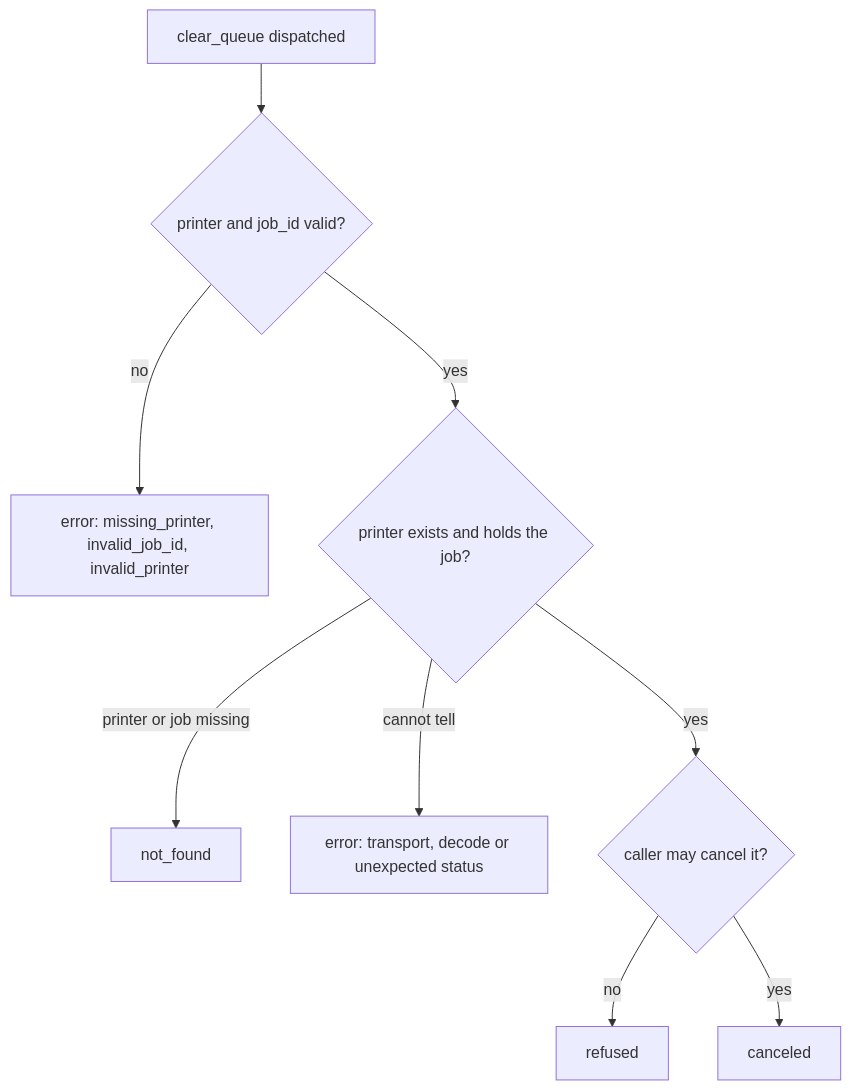
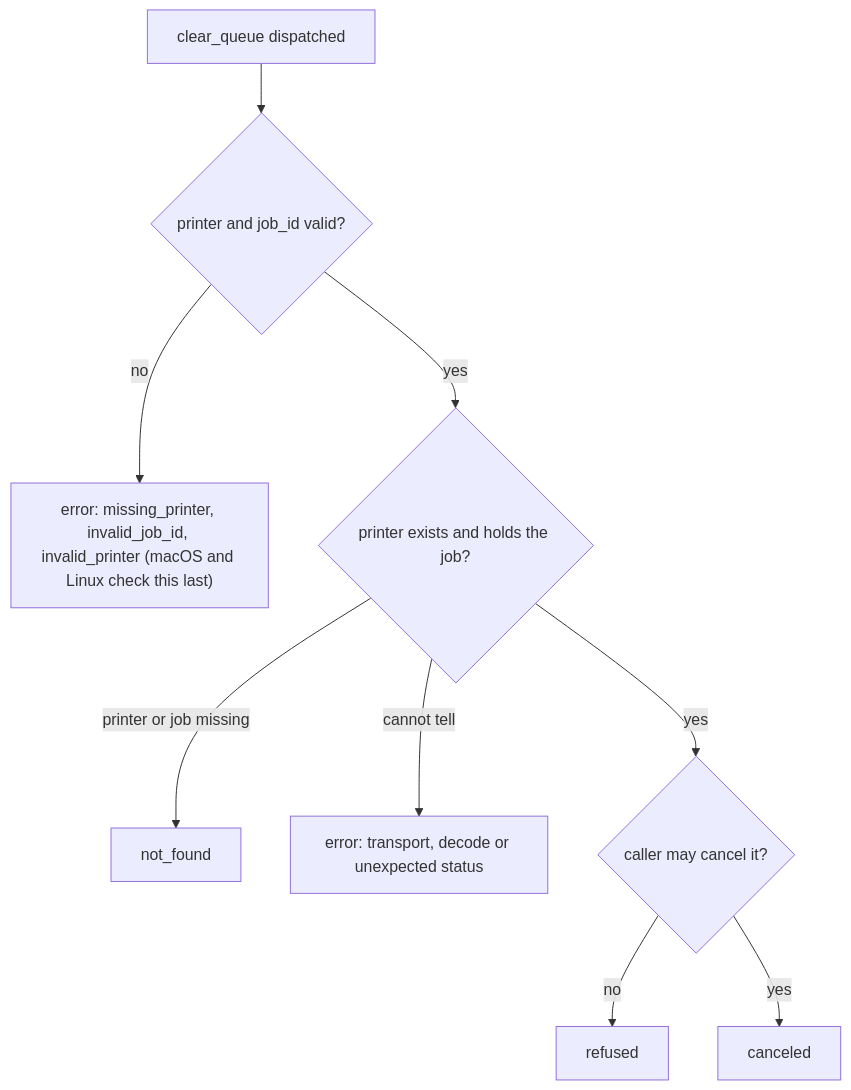
The third of 3 diagrams in agents/plugins/printing/README.md (DevNullLtd/Yuzu), drawn with Mermaid before and after one commit. The commit also changed other lines of this file and 69 other files, not shown here.

````diff
--- a/agents/plugins/printing/README.md
+++ b/agents/plugins/printing/README.md
@@ -78,11 +78,11 @@
 ```mermaid
 flowchart TD
   IN["clear_queue dispatched"] --> V{"printer and job_id valid?"}
-  V -- "no" --> E1["error: missing_printer, invalid_job_id, invalid_printer"]
+  V -- "no" --> E1["error: missing_printer, invalid_job_id, invalid_printer (macOS and Linux check this last)"]
   V -- "yes" --> P{"printer exists and holds the job?"}
   P -- "printer or job missing" --> NF["not_found"]
   P -- "cannot tell" --> E2["error: transport, decode or unexpected status"]
   P -- "yes" --> A{"caller may cancel it?"}
   A -- "no" --> R["refused"]
   A -- "yes" --> OK["canceled"]
 ```
````
